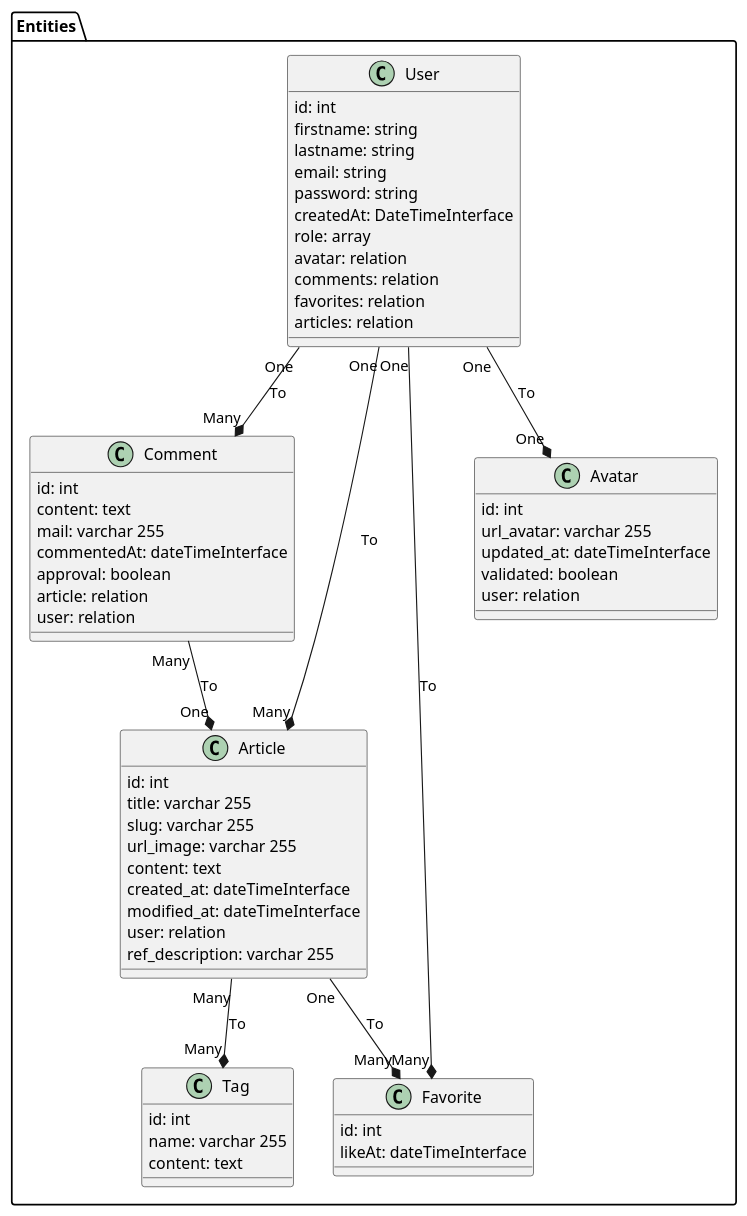
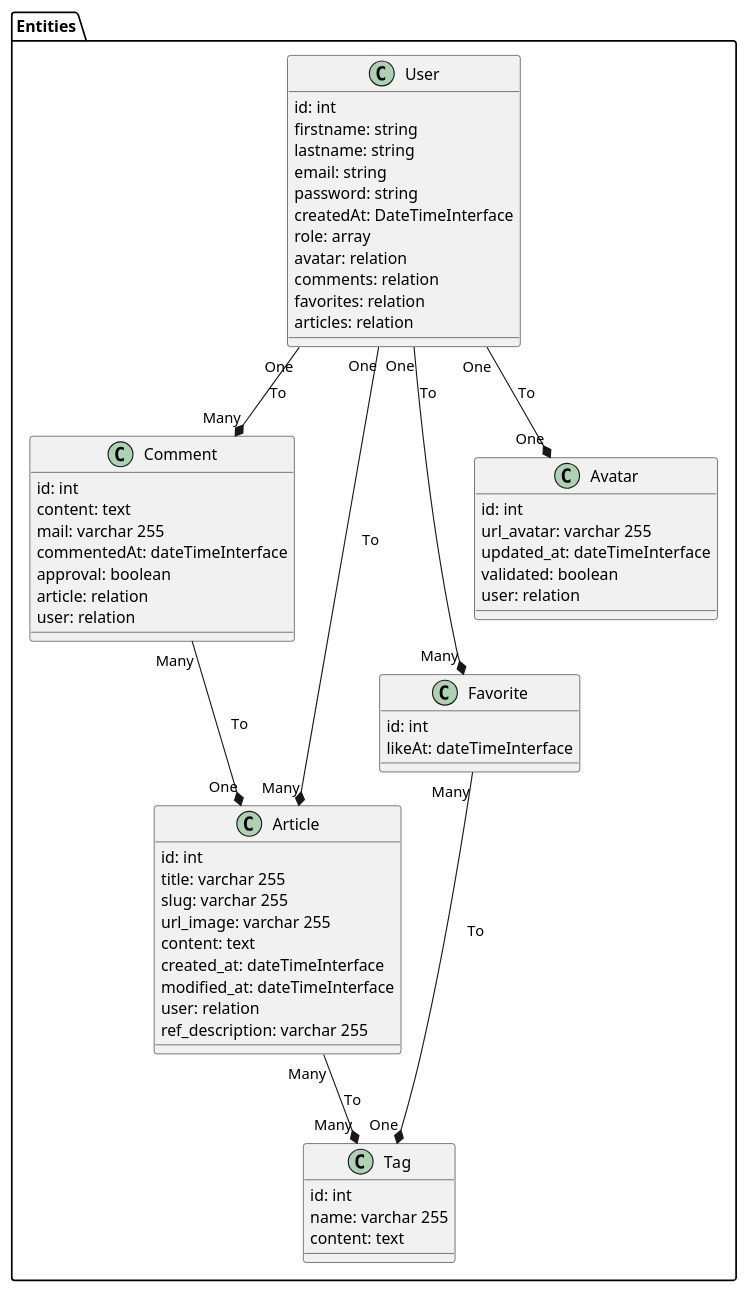
Before and after one commit to SylvainGUERRIN/front2back: the diagram in docs/uml/bdd/entities-diagram.puml, drawn with PlantUML.

Commit message:
Change relations between entities for favorite

```diff
--- a/docs/uml/bdd/entities-diagram.puml
+++ b/docs/uml/bdd/entities-diagram.puml
@@ -1,68 +1,68 @@
 @startuml
 package "Entities" #FFF {
     class User {
         {field} id: int
         {field} firstname: string
         {field} lastname: string
         {field} email: string
         {field} password: string
         {field} createdAt: DateTimeInterface
         {field} role: array
         {field} avatar: relation
         {field} comments: relation
         {field} favorites: relation
         {field} articles: relation
     }
 
     class Comment {
         {field} id: int
         {field} content: text
         {field} mail: varchar 255
         {field} commentedAt: dateTimeInterface
         {field} approval: boolean
         {field} article: relation
         {field} user: relation
     }
 
     class Favorite {
         {field} id: int
         {field} likeAt: dateTimeInterface
     }
 
     class Article {
         {field} id: int
         {field} title: varchar 255
         {field} slug: varchar 255
         {field} url_image: varchar 255
         {field} content: text
         {field} created_at: dateTimeInterface
         {field} modified_at: dateTimeInterface
         {field} user: relation
         {field} ref_description: varchar 255
     }
 
     class Tag {
         {field} id: int
         {field} name: varchar 255
         {field} content: text
     }
 
     class Avatar {
         {field} id: int
         {field} url_avatar: varchar 255
         {field} updated_at: dateTimeInterface
         {field} validated: boolean
         {field} user: relation
     }
 
     User "One" --* "Many" Article : To
     User "One" --* "Many" Comment : To
     User "One" --* "Many" Favorite : To
     User "One" --* "One" Avatar : To
 
-    Article "One" --* "Many" Favorite : To
+    Favorite "Many" --* "One" Tag : To
     Article "Many" --* "Many" Tag : To
 
     Comment "Many" --* "One" Article : To
 }
 @enduml
```
